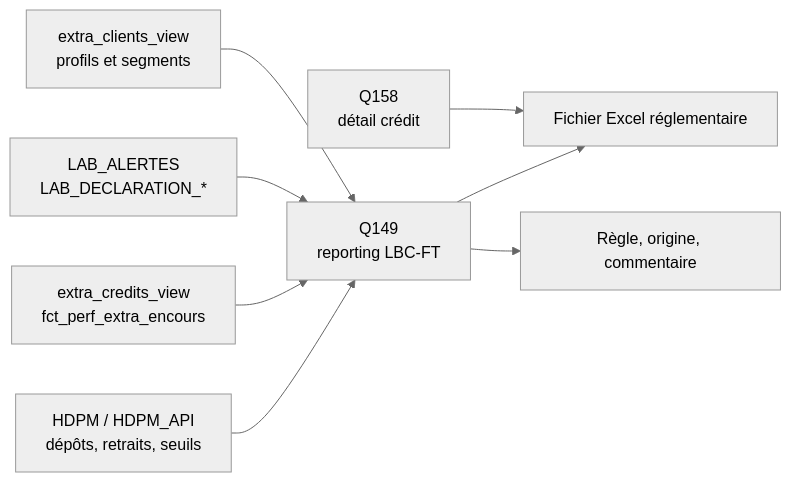
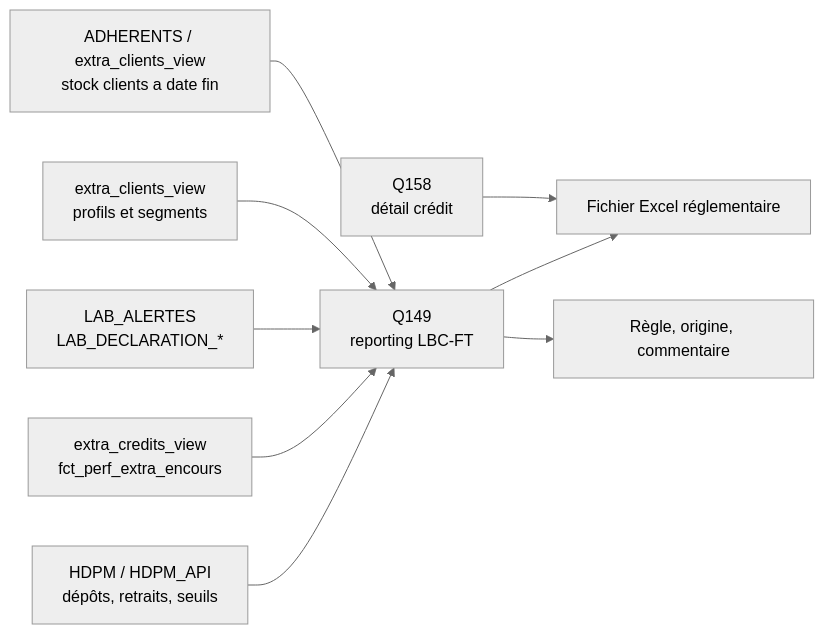
One commit to gitmupanzi/controle_interne changed the second of 2 diagrams in documentation_web/perfect_vision/cycle_conformite.md. Above: the diagram before and after it, drawn with Mermaid (neutral theme). The commit also changed other lines of this file and 6 other files, not shown here.

````diff
--- a/documentation_web/perfect_vision/cycle_conformite.md
+++ b/documentation_web/perfect_vision/cycle_conformite.md
@@ -151,10 +153,11 @@
 ```mermaid
 flowchart LR
     MVT["HDPM / HDPM_API<br/>dépôts, retraits, seuils"] --> Q149["Q149<br/>reporting LBC-FT"]
     CRD["extra_credits_view<br/>fct_perf_extra_encours"] --> Q149
     LAB["LAB_ALERTES<br/>LAB_DECLARATION_*"] --> Q149
     KYC["extra_clients_view<br/>profils et segments"] --> Q149
+    CLI["ADHERENTS / extra_clients_view<br/>stock clients a date fin"] --> Q149
     Q149 --> EXCEL["Fichier Excel réglementaire"]
     Q149 --> TRACE["Règle, origine, commentaire"]
     Q158["Q158<br/>détail crédit"] --> EXCEL
 ```
````
